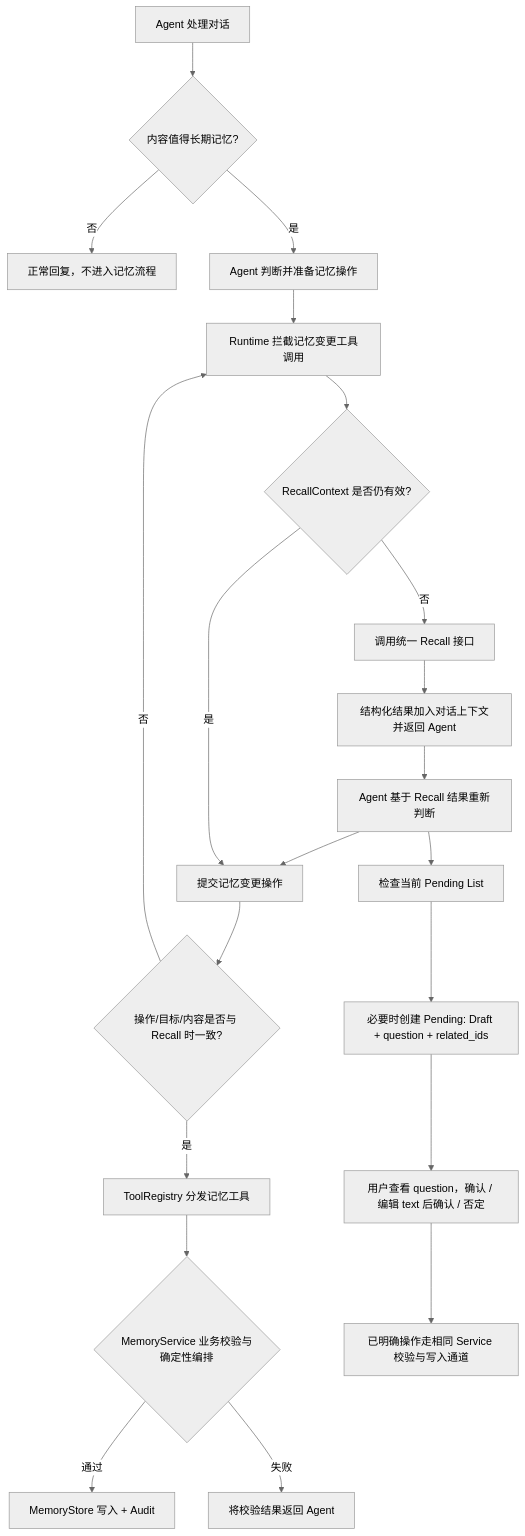
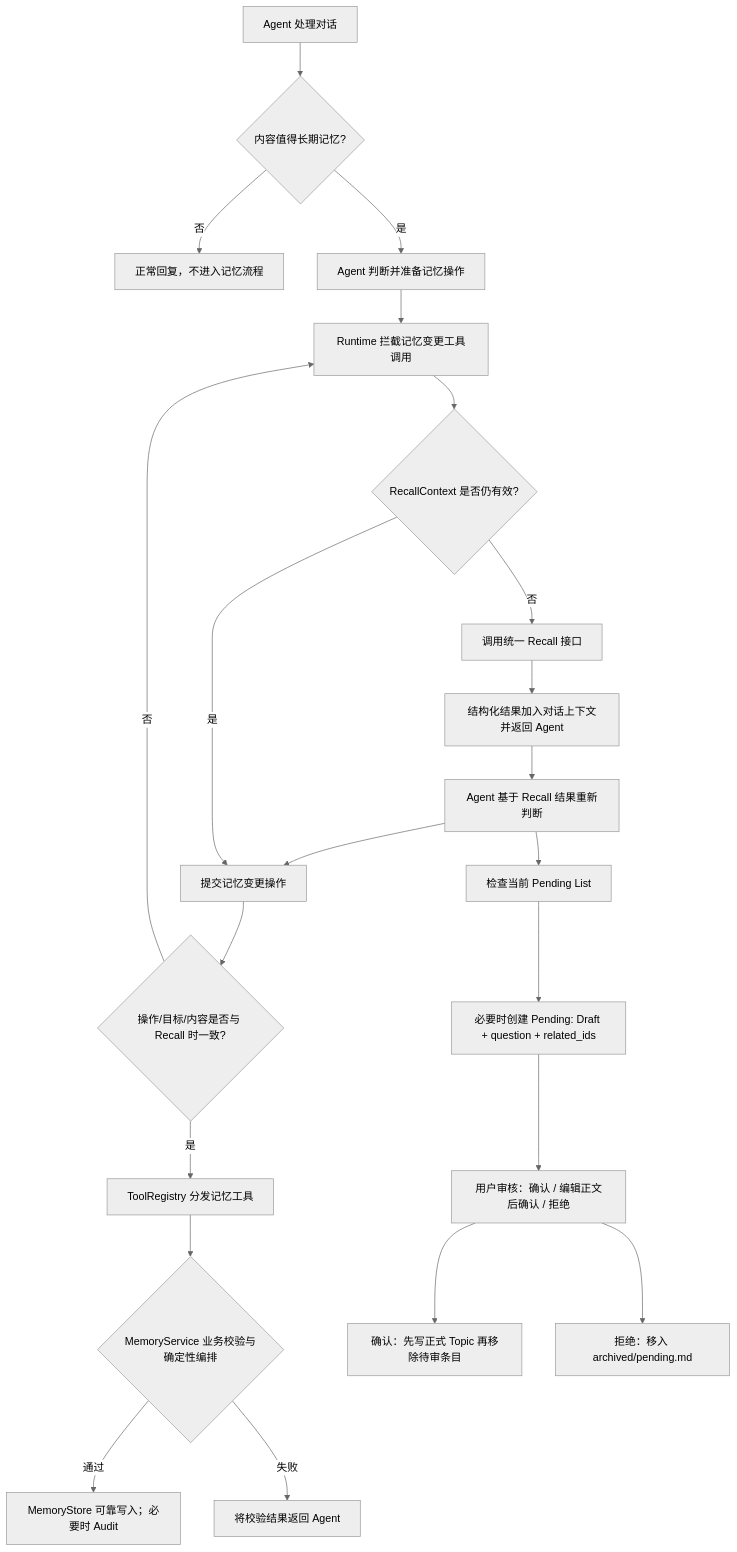
One commit to Shardkiht/syvrio changed the first of 2 diagrams in docs/memory-design-2026-11-18.md. Above: the diagram before and after it, drawn with Mermaid (neutral theme). The commit also changed other lines of this file, not shown here.

Commit message:
docs(memory): finalize single-file pending promotion and archive, partial dates, clarification

````diff
--- a/docs/memory-design-2026-11-18.md
+++ b/docs/memory-design-2026-11-18.md
@@ -267,23 +273,24 @@
 ```mermaid
 flowchart TD
     A[Agent 处理对话] --> B{内容值得长期记忆?}
     B -- 否 --> Z[正常回复，不进入记忆流程]
     B -- 是 --> C[Agent 判断并准备记忆操作]
     C --> D[Runtime 拦截记忆变更工具调用]
     D --> E{RecallContext 是否仍有效?}
     E -- 否 --> F[调用统一 Recall 接口]
     F --> G[结构化结果加入对话上下文并返回 Agent]
     G --> H[Agent 基于 Recall 结果重新判断]
     H --> I[提交记忆变更操作]
     E -- 是 --> I
     I --> J{操作/目标/内容是否与 Recall 时一致?}
     J -- 否 --> D
     J -- 是 --> R[ToolRegistry 分发记忆工具]
     R --> K{MemoryService 业务校验与确定性编排}
-    K -- 通过 --> L[MemoryStore 写入 + Audit]
+    K -- 通过 --> L[MemoryStore 可靠写入；必要时 Audit]
     K -- 失败 --> M[将校验结果返回 Agent]
     H --> Q[检查当前 Pending List]
     Q --> P[必要时创建 Pending: Draft + question + related_ids]
-    P --> U[用户查看 question，确认 / 编辑 text 后确认 / 否定]
-    U --> V[已明确操作走相同 Service 校验与写入通道]
+    P --> U[用户审核：确认 / 编辑正文后确认 / 拒绝]
+    U --> V[确认：先写正式 Topic 再移除待审条目]
+    U --> W[拒绝：移入 archived/pending.md]
 ```
````
